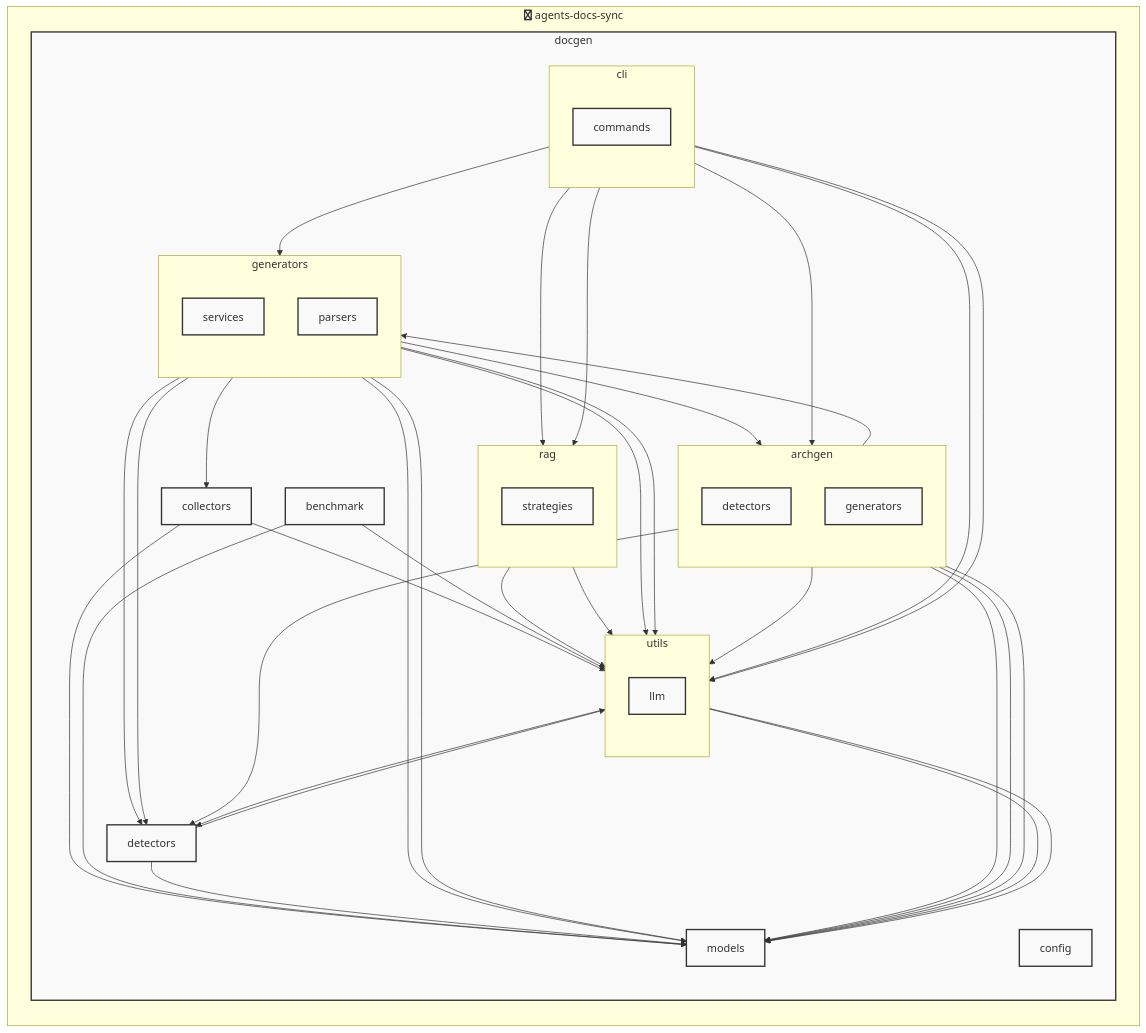
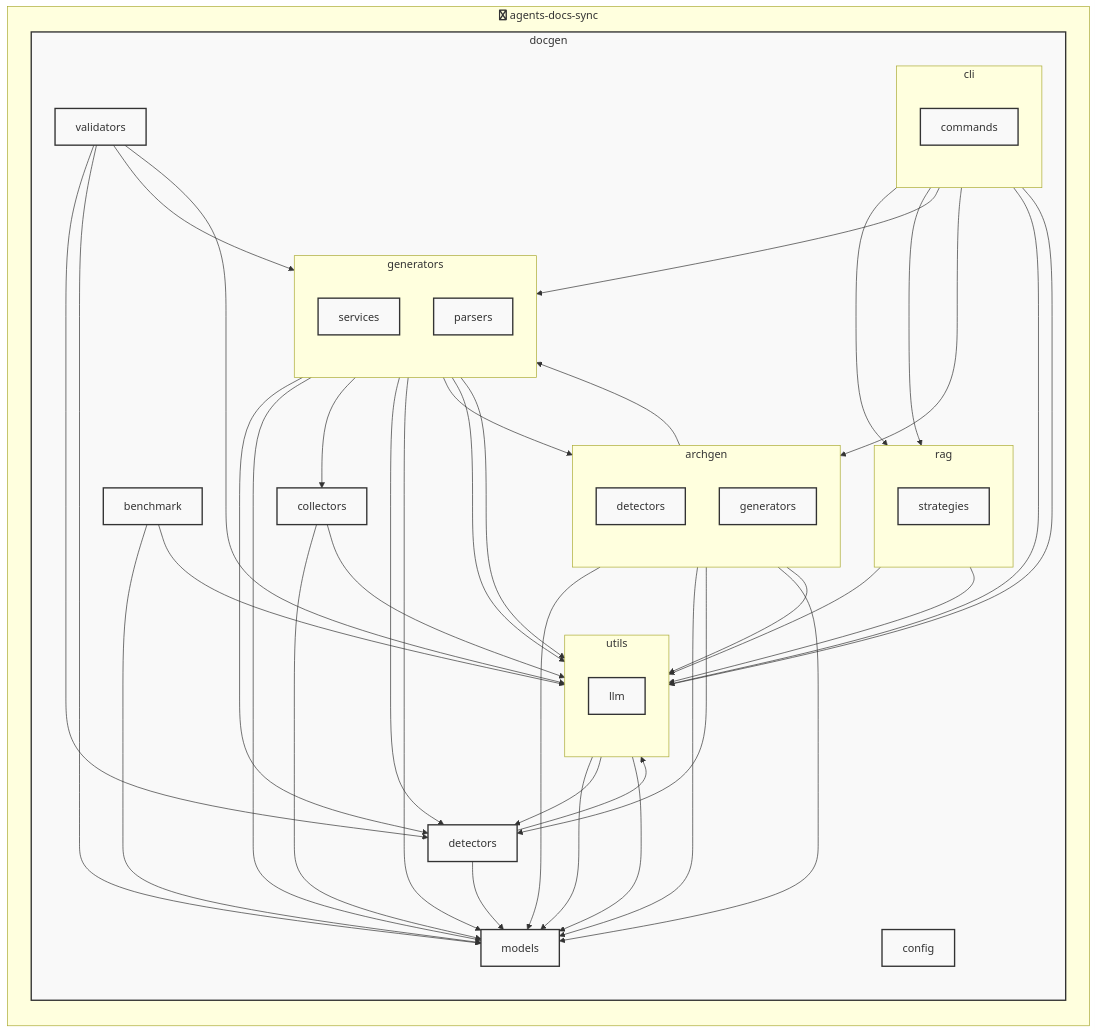
One commit to shiohamu/agents-docs-sync changed the diagram in docs/architecture/architecture.mmd. Above: the diagram before and after it, drawn with Mermaid. The commit also changed 14 other files, not shown here.

Commit message:
chore: Update AGENTS.md and README.md with new timestamps; enhance documentation on implementation validation and project structure; introduce validation configuration in docgen and improve architecture diagrams to include validators.

```diff
--- a/docs/architecture/architecture.mmd
+++ b/docs/architecture/architecture.mmd
@@ -1,79 +1,84 @@
 graph TB
     %% Auto-generated architecture diagram
 
     subgraph agents_docs_sync [fa:fa-python agents-docs-sync]
         direction TB
         subgraph docgen [docgen]
             direction TB
             docgen_collectors["collectors"]:::moduleStyle
             subgraph docgen_utils [utils]
                 direction TB
                 docgen_utils_llm["llm"]:::moduleStyle
             end
             class docgen_utils moduleStyle
             subgraph docgen_cli [cli]
                 direction TB
                 docgen_cli_commands["commands"]:::moduleStyle
             end
             class docgen_cli moduleStyle
             docgen_models["models"]:::moduleStyle
             subgraph docgen_archgen [archgen]
                 direction TB
                 docgen_archgen_detectors["detectors"]:::moduleStyle
                 docgen_archgen_generators["generators"]:::moduleStyle
             end
             class docgen_archgen moduleStyle
             docgen_benchmark["benchmark"]:::moduleStyle
             docgen_detectors["detectors"]:::moduleStyle
             subgraph docgen_generators [generators]
                 direction TB
                 docgen_generators_services["services"]:::moduleStyle
                 docgen_generators_parsers["parsers"]:::moduleStyle
             end
             class docgen_generators moduleStyle
+            docgen_validators["validators"]:::moduleStyle
             subgraph docgen_rag [rag]
                 direction TB
                 docgen_rag_strategies["strategies"]:::moduleStyle
             end
             class docgen_rag moduleStyle
             docgen_config["config"]:::moduleStyle
         end
         class docgen moduleStyle
     end
 
     docgen_collectors --> docgen_models
     docgen_collectors --> docgen_utils
     docgen_utils --> docgen_detectors
     docgen_utils --> docgen_models
     docgen_utils_llm --> docgen_models
     docgen_cli --> docgen_archgen
     docgen_cli --> docgen_generators
     docgen_cli --> docgen_rag
     docgen_cli --> docgen_utils
     docgen_cli_commands --> docgen_rag
     docgen_cli_commands --> docgen_utils
     docgen_archgen --> docgen_detectors
     docgen_archgen --> docgen_generators
     docgen_archgen --> docgen_models
     docgen_archgen --> docgen_utils
     docgen_archgen_detectors --> docgen_models
     docgen_archgen_generators --> docgen_models
     docgen_benchmark --> docgen_models
     docgen_benchmark --> docgen_utils
     docgen_detectors --> docgen_models
     docgen_detectors --> docgen_utils
     docgen_generators --> docgen_archgen
     docgen_generators --> docgen_collectors
     docgen_generators --> docgen_detectors
     docgen_generators --> docgen_models
     docgen_generators --> docgen_utils
     docgen_generators_parsers --> docgen_detectors
     docgen_generators_parsers --> docgen_models
     docgen_generators_parsers --> docgen_utils
+    docgen_validators --> docgen_detectors
+    docgen_validators --> docgen_generators
+    docgen_validators --> docgen_models
+    docgen_validators --> docgen_utils
     docgen_rag --> docgen_utils
     docgen_rag_strategies --> docgen_utils
 
     classDef pythonStyle fill:#3776ab,stroke:#ffd43b,stroke-width:2px,color:#fff
     classDef dockerStyle fill:#2496ed,stroke:#1d63ed,stroke-width:2px,color:#fff
     classDef dbStyle fill:#336791,stroke:#6b9cd6,stroke-width:2px,color:#fff
     classDef moduleStyle fill:#f9f9f9,stroke:#333,stroke-width:2px
```
